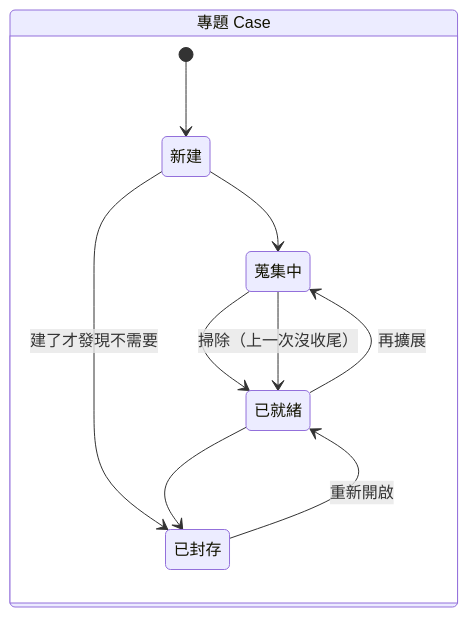
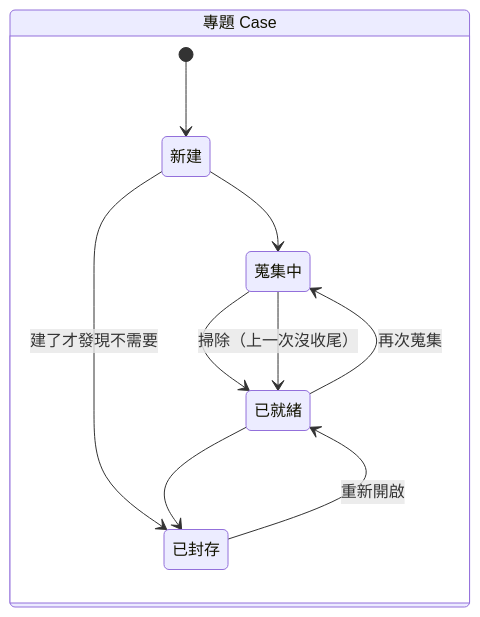
Before and after one commit to SpringRain555/cyclosa: the first of 6 diagrams in docs/architecture/state-machines.md, drawn with Mermaid. The commit also changed other lines of this file and 29 other files, not shown here.

````diff
--- a/docs/architecture/state-machines.md
+++ b/docs/architecture/state-machines.md
@@ -21,14 +21,14 @@
 ```mermaid
 stateDiagram-v2
   direction LR
   state "專題 Case" as C {
     [*] --> 新建
     新建 --> 蒐集中
     新建 --> 已封存 : 建了才發現不需要
     蒐集中 --> 已就緒
     蒐集中 --> 已就緒 : 掃除（上一次沒收尾）
-    已就緒 --> 蒐集中 : 再擴展
+    已就緒 --> 蒐集中 : 再次蒐集
     已就緒 --> 已封存
     已封存 --> 已就緒 : 重新開啟
   }
 ```
````
